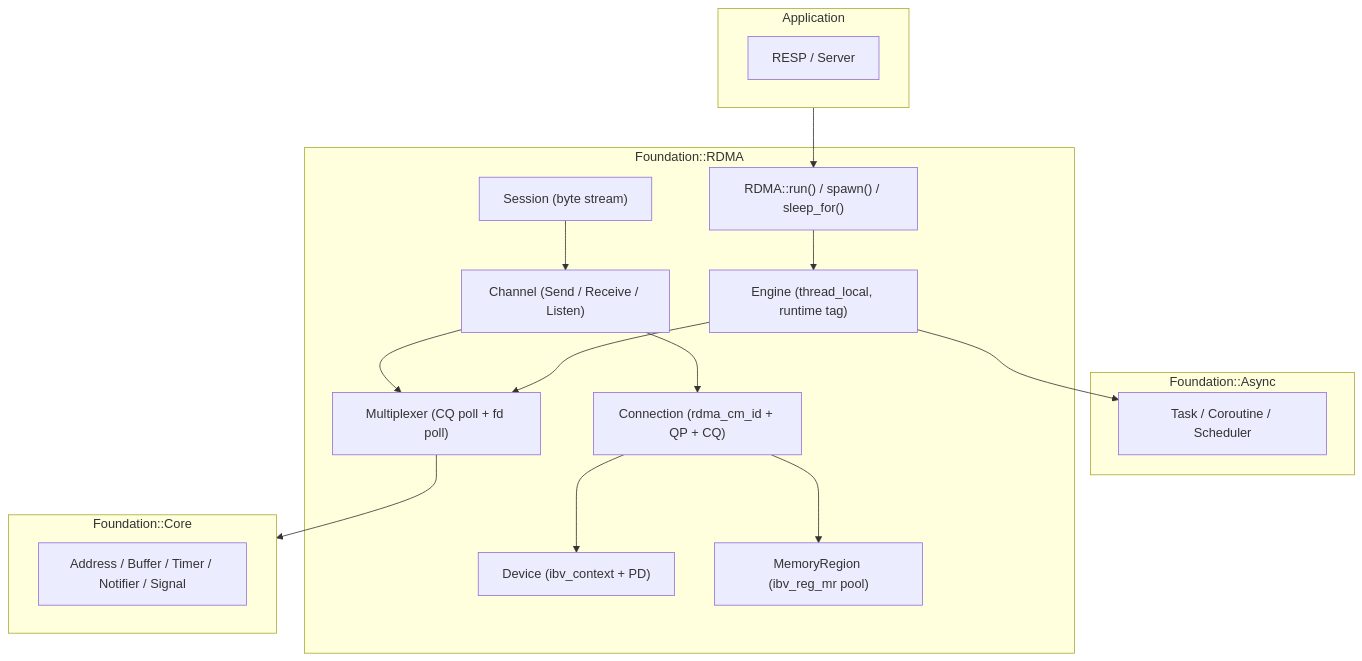
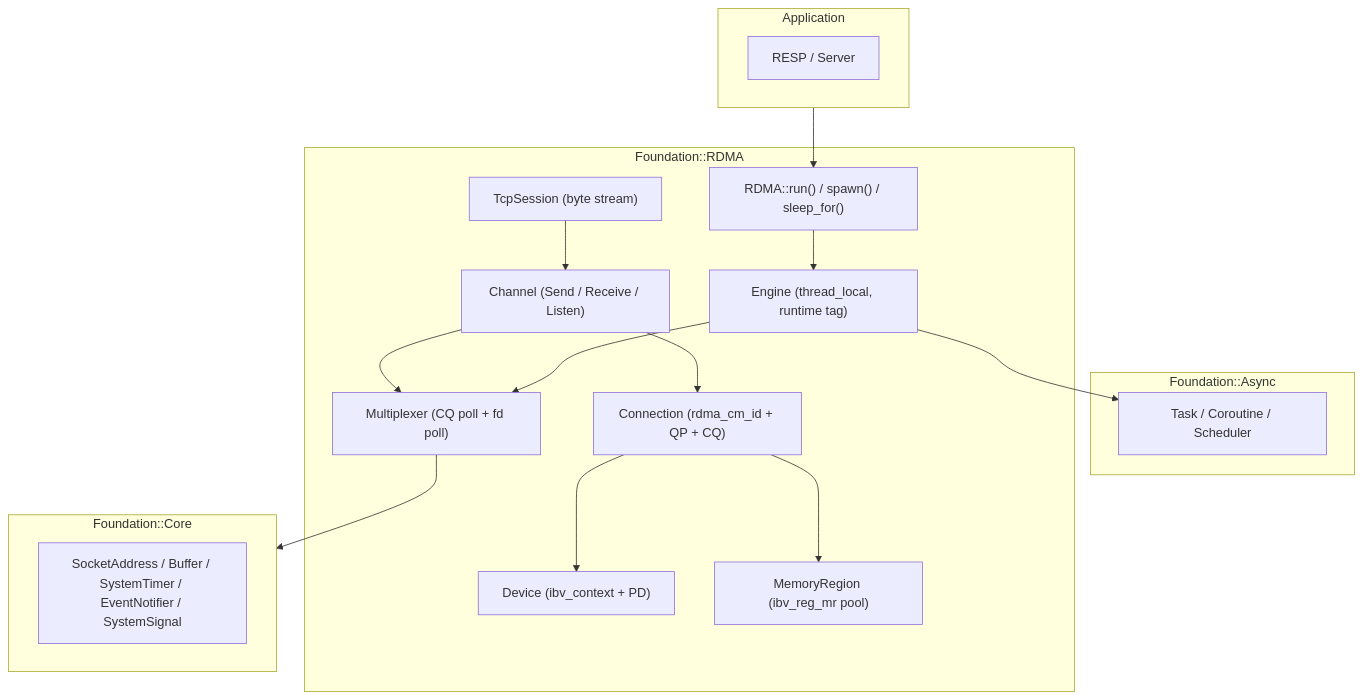
Before and after one commit to UserNameUnavailableIsUnavailable/KVStore: the first of 4 diagrams in Documentation/RDMA.md, drawn with Mermaid. The commit also changed other lines of this file and 179 other files, not shown here.

````diff
--- a/Documentation/RDMA.md
+++ b/Documentation/RDMA.md
@@ -134,36 +134,36 @@
 ```mermaid
 flowchart TD
     subgraph App["Application"]
         RESP["RESP / Server"]
     end
 
     subgraph Sync["Foundation::Async"]
         T["Task / Coroutine / Scheduler"]
     end
 
     subgraph RDMA["Foundation::RDMA"]
         RUN["RDMA::run() / spawn() / sleep_for()"]
         ENG["Engine (thread_local, runtime tag)"]
         MUX["Multiplexer (CQ poll + fd poll)"]
         CH["Channel (Send / Receive / Listen)"]
         CONN["Connection (rdma_cm_id + QP + CQ)"]
         DEV["Device (ibv_context + PD)"]
         MEM["MemoryRegion (ibv_reg_mr pool)"]
-        SESS["Session (byte stream)"]
+        SESS["TcpSession (byte stream)"]
     end
 
     subgraph Core["Foundation::Core"]
-        ADDR["Address / Buffer / Timer / Notifier / Signal"]
+        ADDR["SocketAddress / Buffer / SystemTimer / EventNotifier / SystemSignal"]
     end
 
     App --> RUN
     RUN --> ENG
     SESS --> CH
     CH --> CONN
     CH --> MUX
     CONN --> DEV
     CONN --> MEM
     ENG --> MUX
     ENG --> T
     MUX --> Core
 ```
````
